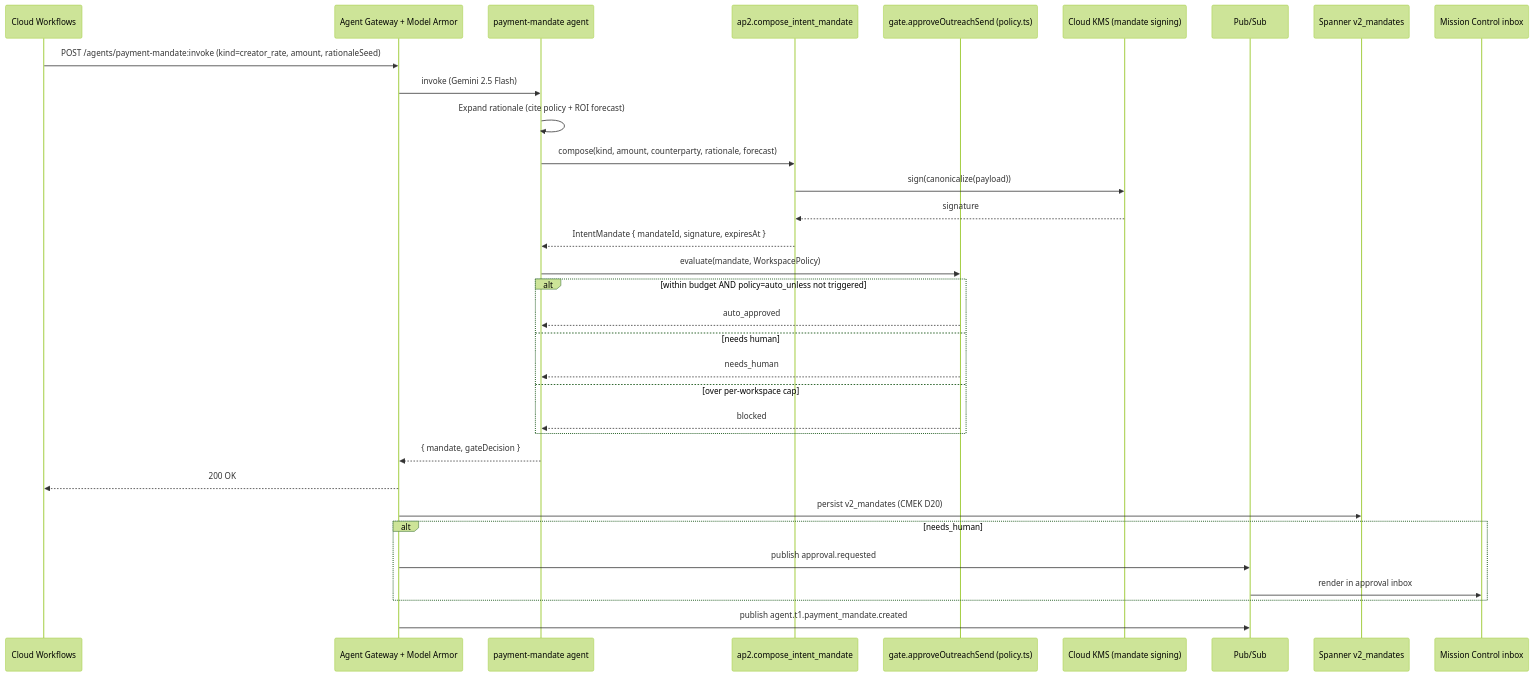
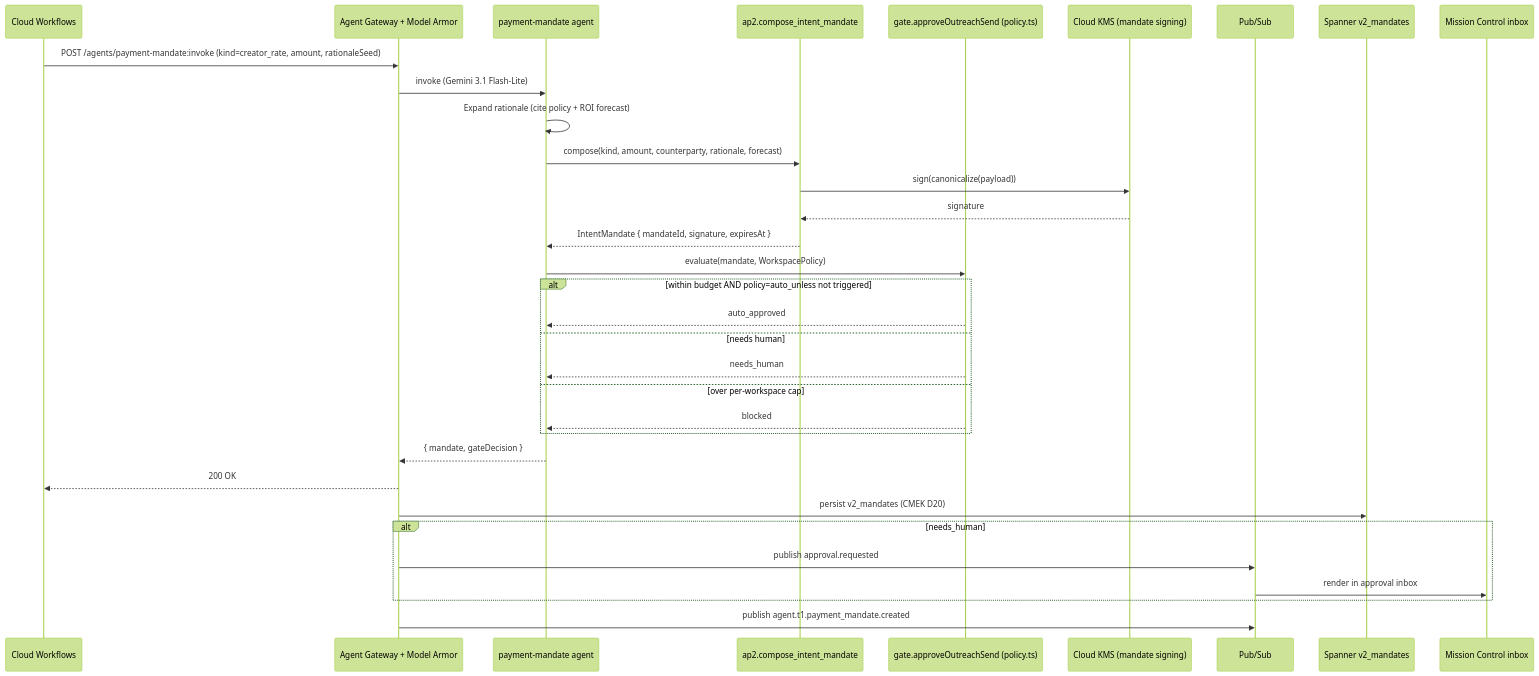
Before and after one commit to Two-Weeks-Team/social-seeding-v2-public: the diagram in gcp-research/specs/tier1/payment_mandate.spec.md, drawn with Mermaid (forest theme). The commit also changed other lines of this file and 30 other files, not shown here.

````diff
--- a/gcp-research/specs/tier1/payment_mandate.spec.md
+++ b/gcp-research/specs/tier1/payment_mandate.spec.md
@@ -188,36 +188,36 @@
 ```mermaid
 sequenceDiagram
   participant WF as Cloud Workflows
   participant AG as Agent Gateway + Model Armor
   participant PM as payment-mandate agent
   participant AP as ap2.compose_intent_mandate
   participant GA as gate.approveOutreachSend (policy.ts)
   participant KMS as Cloud KMS (mandate signing)
   participant PS as Pub/Sub
   participant SP as Spanner v2_mandates
   participant MC as Mission Control inbox
 
   WF->>AG: POST /agents/payment-mandate:invoke (kind=creator_rate, amount, rationaleSeed)
-  AG->>PM: invoke (Gemini 2.5 Flash)
+  AG->>PM: invoke (Gemini 3.1 Flash-Lite)
   PM->>PM: Expand rationale (cite policy + ROI forecast)
   PM->>AP: compose(kind, amount, counterparty, rationale, forecast)
   AP->>KMS: sign(canonicalize(payload))
   KMS-->>AP: signature
   AP-->>PM: IntentMandate { mandateId, signature, expiresAt }
   PM->>GA: evaluate(mandate, WorkspacePolicy)
   alt within budget AND policy=auto_unless not triggered
     GA-->>PM: auto_approved
   else needs human
     GA-->>PM: needs_human
   else over per-workspace cap
     GA-->>PM: blocked
   end
   PM-->>AG: { mandate, gateDecision }
   AG-->>WF: 200 OK
   AG->>SP: persist v2_mandates (CMEK D20)
   alt needs_human
     AG->>PS: publish approval.requested
     PS->>MC: render in approval inbox
   end
   AG->>PS: publish agent.t1.payment_mandate.created
 ```
````
